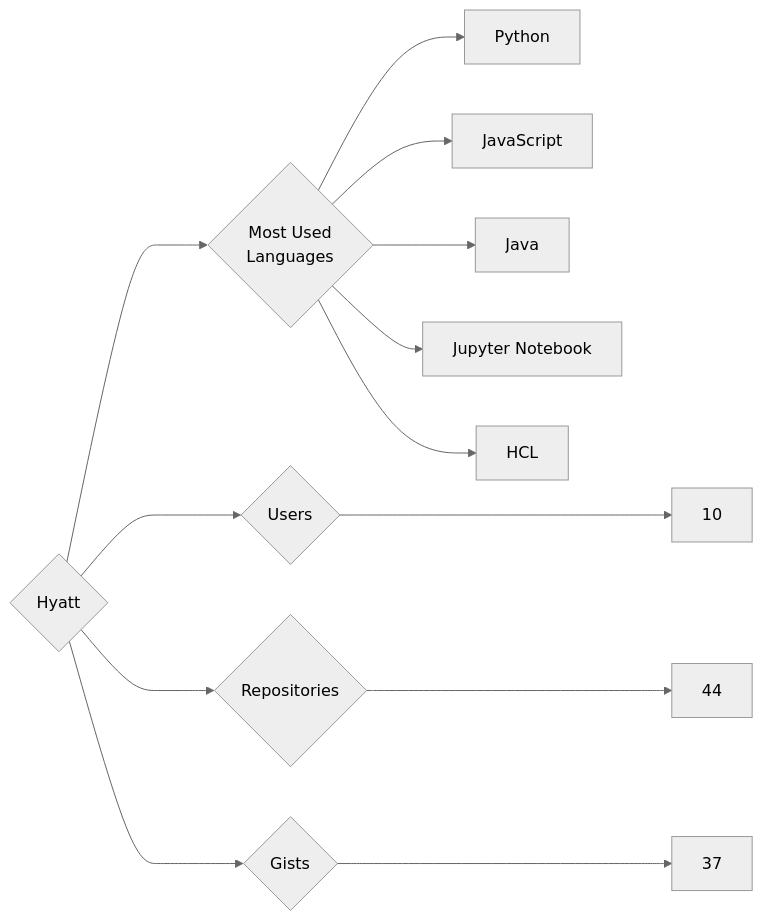
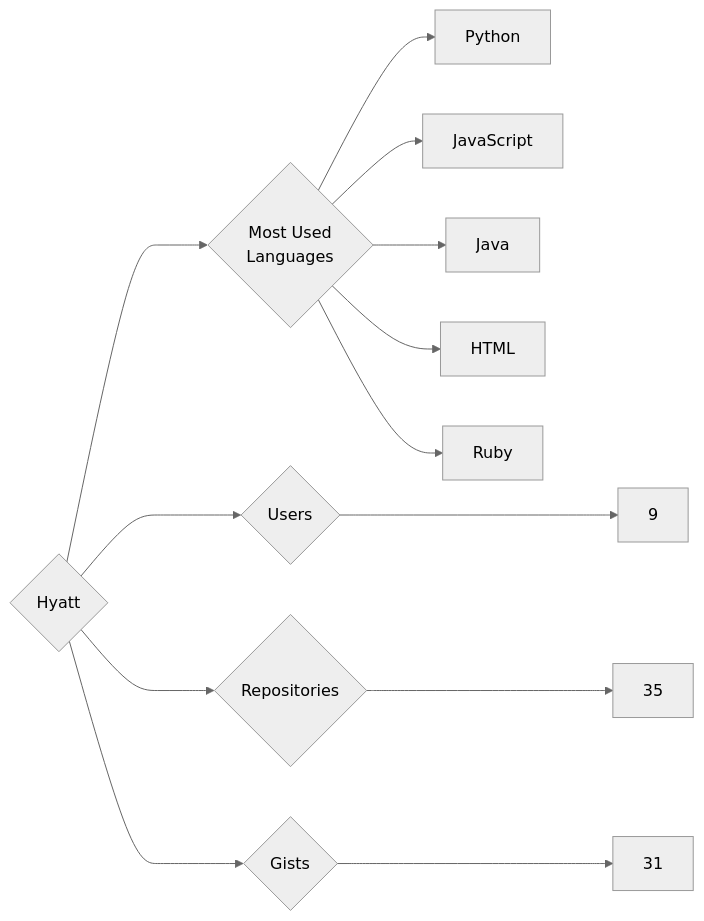
One commit to trickest/insiders changed the diagram in targets/Hyatt/README.md. Above: the diagram before and after it, drawn with Mermaid (neutral theme). The commit also changed 629 other files, not shown here.

````diff
--- a/targets/Hyatt/README.md
+++ b/targets/Hyatt/README.md
@@ -3,13 +3,13 @@
 ```mermaid
 graph LR
 COMPANY_NAME{Hyatt}
-COMPANY_NAME ---> U{Users} ---> UN[10]
-COMPANY_NAME ---> R{Repositories} ---> RN[44]
-COMPANY_NAME ---> G{Gists} ---> GN[37]
+COMPANY_NAME ---> U{Users} ---> UN[9]
+COMPANY_NAME ---> R{Repositories} ---> RN[35]
+COMPANY_NAME ---> G{Gists} ---> GN[31]
 COMPANY_NAME ---> ML{Most Used<br>Languages}
 ML --> Python[Python]
 ML --> JavaScript[JavaScript]
 ML --> Java[Java]
-ML --> Jupyter_Notebook[Jupyter Notebook]
-ML --> HCL[HCL]
+ML --> HTML[HTML]
+ML --> Ruby[Ruby]
 ```
````
